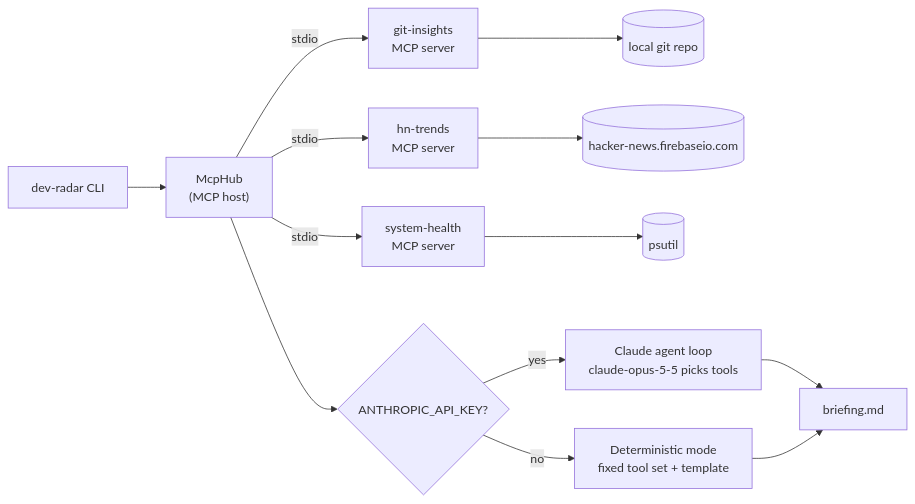
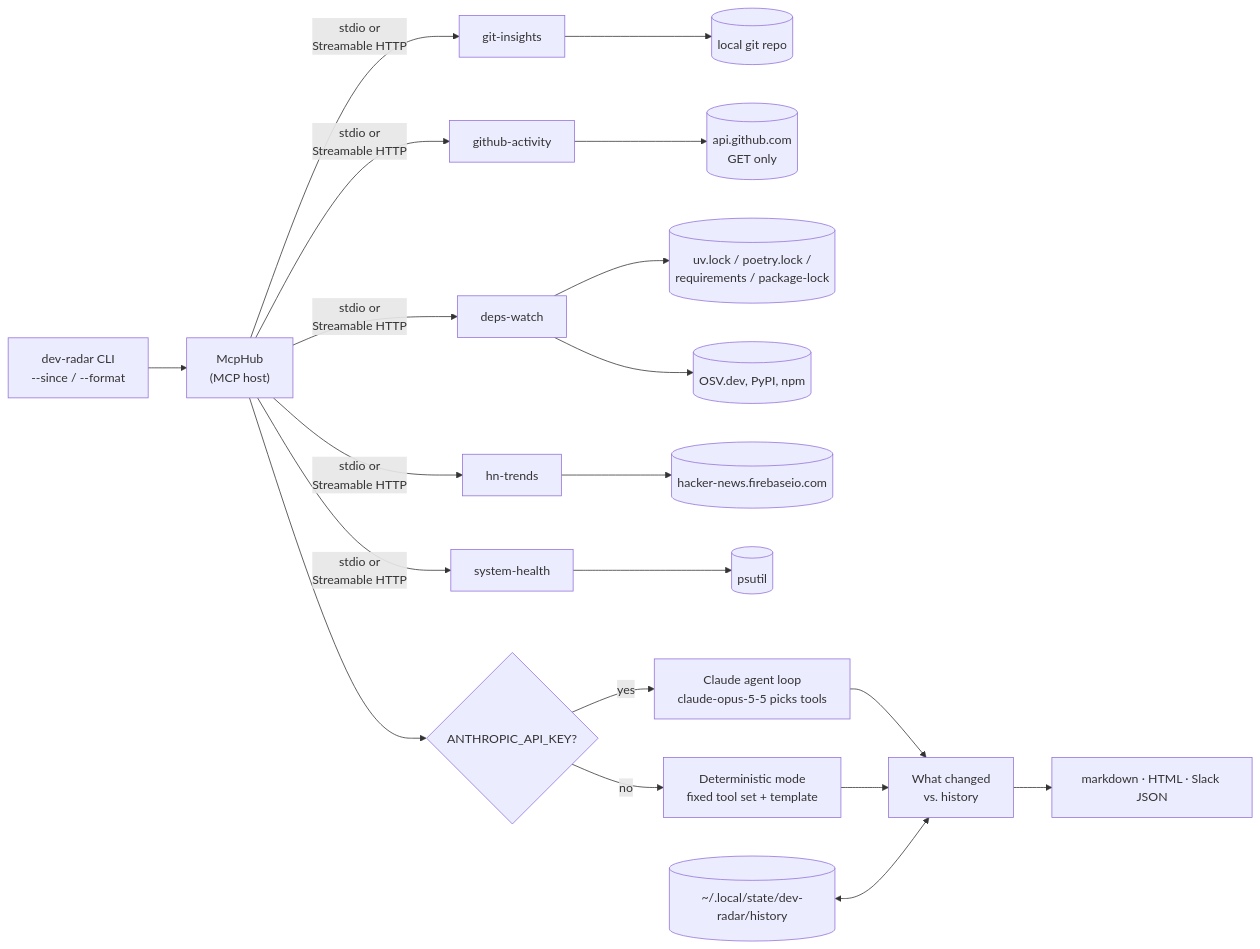
Before and after one commit to sakshamchitkara-dotcom/dev-radar: the diagram in README.md, drawn with Mermaid. The commit also changed other lines of this file, not shown here.

First line of the commit message:
docs(readme): document the five servers, formats, history and HTTP

````diff
--- a/README.md
+++ b/README.md
@@ -15,15 +17,22 @@
 ```mermaid
 flowchart LR
-    CLI["dev-radar CLI"] --> HUB["McpHub<br/>(MCP host)"]
-    HUB -- "stdio" --> GIT["git-insights<br/>MCP server"]
-    HUB -- "stdio" --> HN["hn-trends<br/>MCP server"]
-    HUB -- "stdio" --> SYS["system-health<br/>MCP server"]
+    CLI["dev-radar CLI<br/>--since / --format"] --> HUB["McpHub<br/>(MCP host)"]
+    HUB -- "stdio or<br/>Streamable HTTP" --> GIT["git-insights"]
+    HUB -- "stdio or<br/>Streamable HTTP" --> GH["github-activity"]
+    HUB -- "stdio or<br/>Streamable HTTP" --> DEPS["deps-watch"]
+    HUB -- "stdio or<br/>Streamable HTTP" --> HN["hn-trends"]
+    HUB -- "stdio or<br/>Streamable HTTP" --> SYS["system-health"]
     GIT --> REPO[("local git repo")]
-    HN --> API[("hacker-news.firebaseio.com")]
+    GH --> GHAPI[("api.github.com<br/>GET only")]
+    DEPS --> LOCK[("uv.lock / poetry.lock /<br/>requirements / package-lock")]
+    DEPS --> OSV[("OSV.dev, PyPI, npm")]
+    HN --> HNAPI[("hacker-news.firebaseio.com")]
     SYS --> PS[("psutil")]
     HUB --> MODE{"ANTHROPIC_API_KEY?"}
     MODE -- "yes" --> CLAUDE["Claude agent loop<br/>claude-opus-5-5 picks tools"]
     MODE -- "no" --> FALLBACK["Deterministic mode<br/>fixed tool set + template"]
-    CLAUDE --> MD["briefing.md"]
-    FALLBACK --> MD
+    CLAUDE --> DIFF["What changed<br/>vs. history"]
+    FALLBACK --> DIFF
+    HIST[("~/.local/state/dev-radar/history")] <--> DIFF
+    DIFF --> OUT["markdown · HTML · Slack JSON"]
 ```
````
